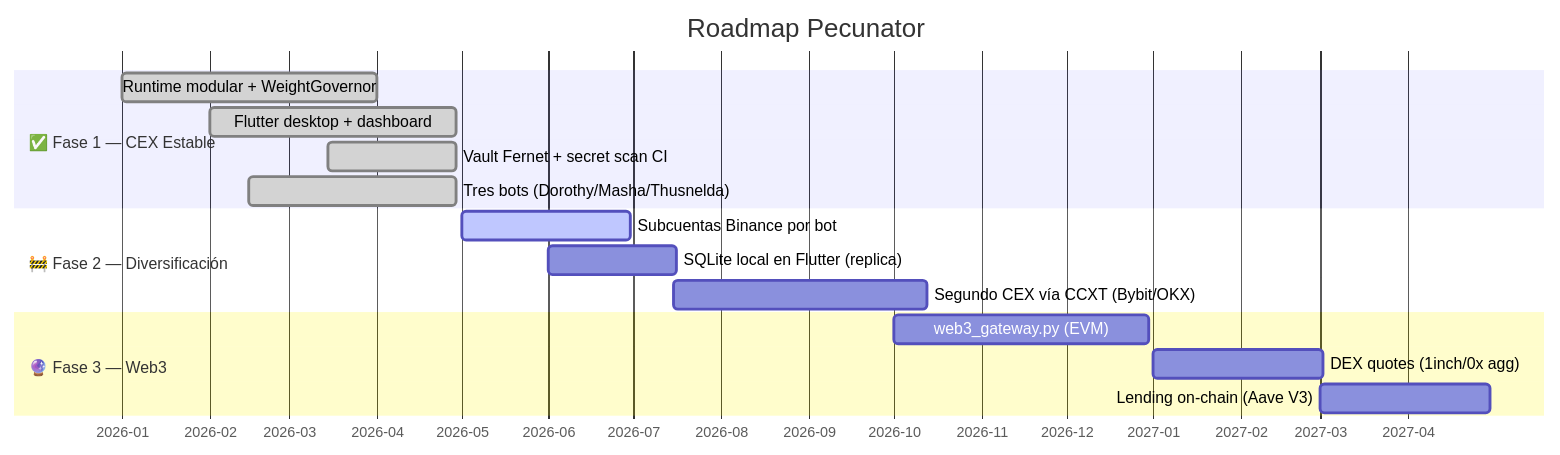
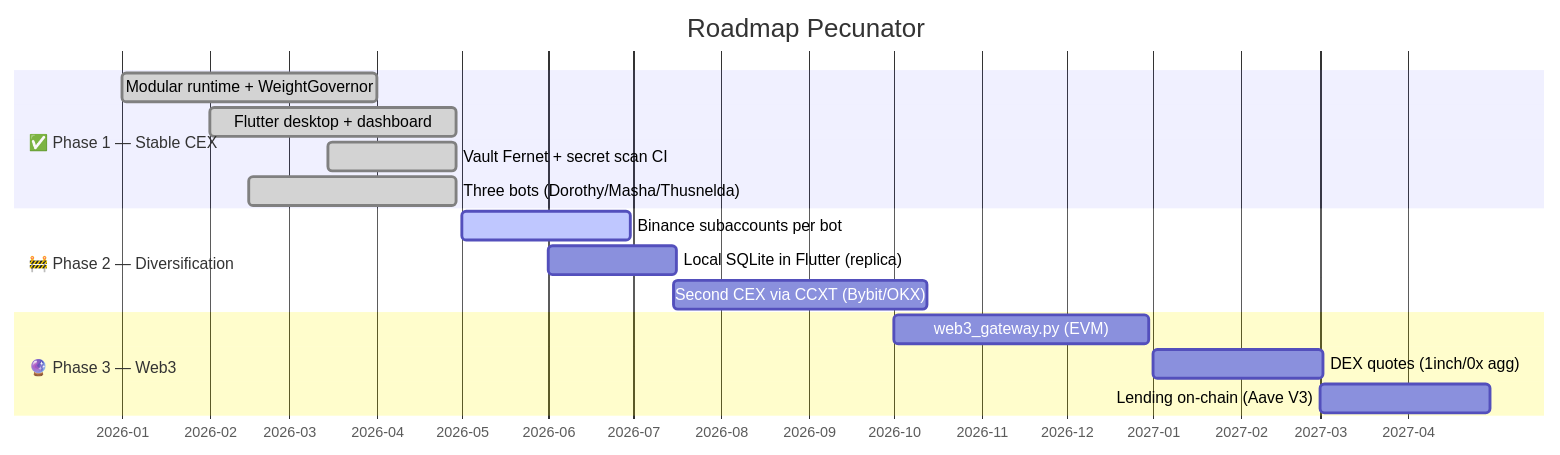
Before and after one commit to CuevazaArt/Pecunator-AccuMonetas: the second of 2 diagrams in wiki/Home.md, drawn with Mermaid. The commit also changed other lines of this file and 8 other files, not shown here.

````diff
--- a/wiki/Home.md
+++ b/wiki/Home.md
@@ -378,22 +378,22 @@
 ```mermaid
 gantt
     title Roadmap Pecunator
     dateFormat YYYY-MM-DD
     axisFormat %Y-%m
 
-    section ✅ Fase 1 — CEX Estable
-    Runtime modular + WeightGovernor      :done,    f11, 2026-01-01, 2026-04-01
-    Flutter desktop + dashboard           :done,    f12, 2026-02-01, 2026-04-29
-    Vault Fernet + secret scan CI         :done,    f13, 2026-03-15, 2026-04-29
-    Tres bots (Dorothy/Masha/Thusnelda)   :done,    f14, 2026-02-15, 2026-04-29
+section ✅ Phase 1 — Stable CEX
+    Modular runtime + WeightGovernor :done, f11, 2026-01-01, 2026-04-01
+    Flutter desktop + dashboard :done, f12, 2026-02-01, 2026-04-29
+    Vault Fernet + secret scan CI :done, f13, 2026-03-15, 2026-04-29
+    Three bots (Dorothy/Masha/Thusnelda) :done, f14, 2026-02-15, 2026-04-29
 
-    section 🚧 Fase 2 — Diversificación
-    Subcuentas Binance por bot            :active,  f21, 2026-05-01, 60d
-    SQLite local en Flutter (replica)     :         f22, 2026-06-01, 45d
-    Segundo CEX vía CCXT (Bybit/OKX)      :         f23, 2026-07-15, 90d
+section 🚧 Phase 2 — Diversification
+    Binance subaccounts per bot :active, f21, 2026-05-01, 60d
+    Local SQLite in Flutter (replica): f22, 2026-06-01, 45d
+    Second CEX via CCXT (Bybit/OKX) : f23, 2026-07-15, 90d
 
-    section 🔮 Fase 3 — Web3
-    web3_gateway.py (EVM)                 :         f31, 2026-10-01, 90d
-    DEX quotes (1inch/0x agg)             :         f32, 2027-01-01, 60d
-    Lending on-chain (Aave V3)            :         f33, 2027-03-01, 60d
+section 🔮 Phase 3 — Web3
+    web3_gateway.py (EVM) : f31, 2026-10-01, 90d
+    DEX quotes (1inch/0x agg) : f32, 2027-01-01, 60d
+    Lending on-chain (Aave V3) : f33, 2027-03-01, 60d
 ```
````
